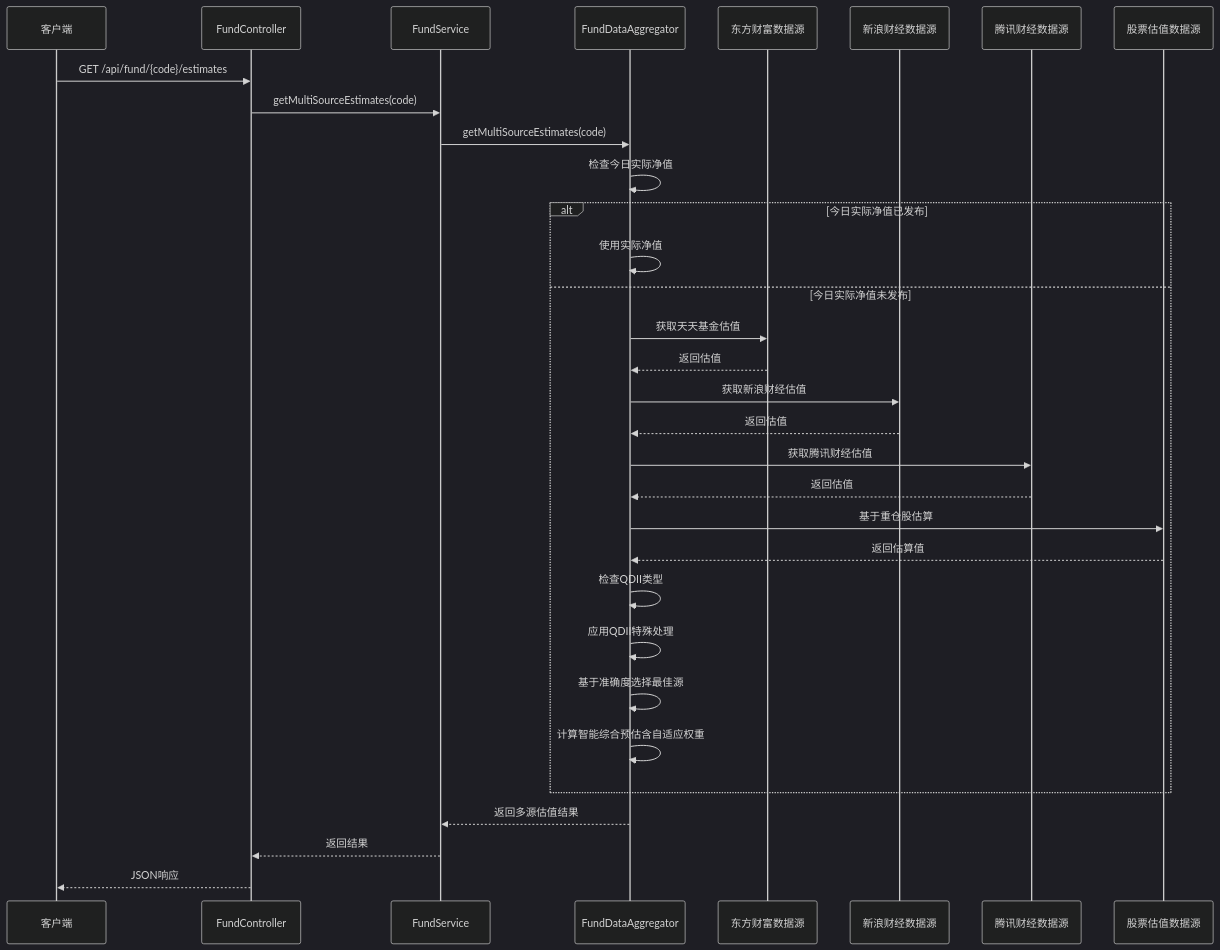
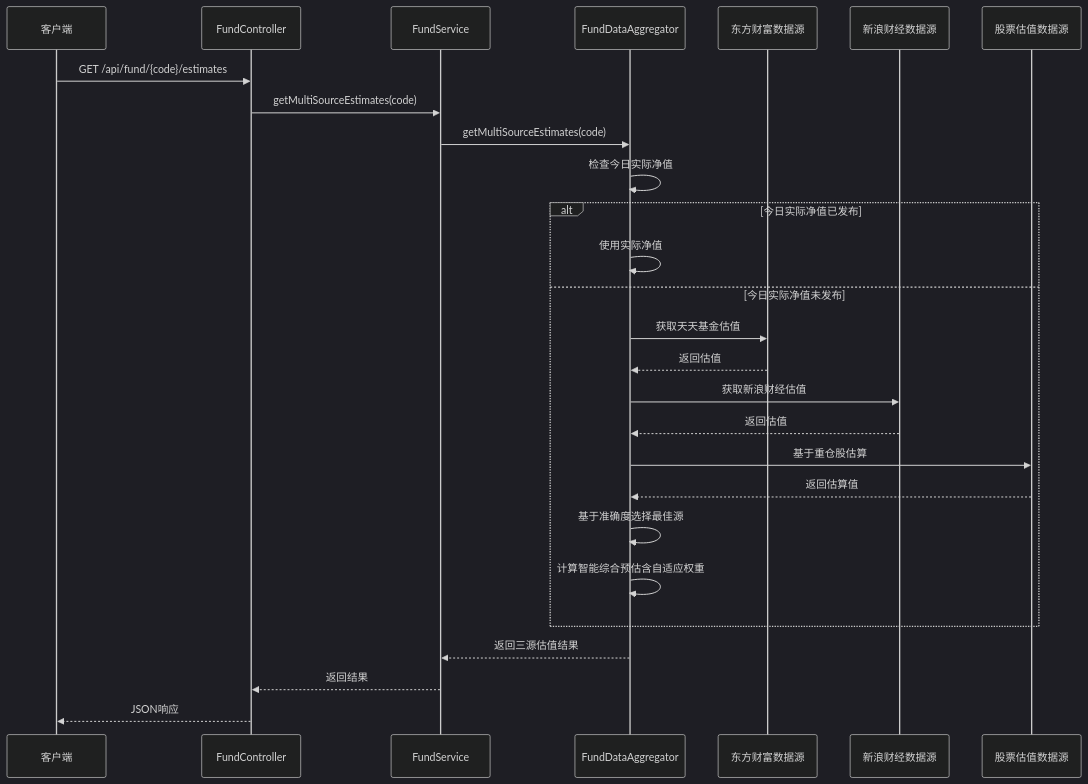
Before and after one commit to gree-coder/fund-butler: diagram 19 of 28 in .qoder/repowiki/zh/content/核心功能开发/多源基金估值系统.md, drawn with Mermaid (dark theme). The commit also changed other lines of this file and 5 other files, not shown here.

````diff
--- a/.qoder/repowiki/zh/content/核心功能开发/多源基金估值系统.md
+++ b/.qoder/repowiki/zh/content/核心功能开发/多源基金估值系统.md
@@ -793,34 +776,29 @@
 ```mermaid
 sequenceDiagram
 participant Client as 客户端
 participant Controller as FundController
 participant Service as FundService
 participant Aggregator as FundDataAggregator
 participant EM as 东方财富数据源
 participant Sina as 新浪财经数据源
-participant Tencent as 腾讯财经数据源
 participant Stock as 股票估值数据源
 Client->>Controller : GET /api/fund/{code}/estimates
 Controller->>Service : getMultiSourceEstimates(code)
 Service->>Aggregator : getMultiSourceEstimates(code)
 Aggregator->>Aggregator : 检查今日实际净值
 alt 今日实际净值已发布
 Aggregator->>Aggregator : 使用实际净值
 else 今日实际净值未发布
 Aggregator->>EM : 获取天天基金估值
 EM-->>Aggregator : 返回估值
 Aggregator->>Sina : 获取新浪财经估值
 Sina-->>Aggregator : 返回估值
-Aggregator->>Tencent : 获取腾讯财经估值
-Tencent-->>Aggregator : 返回估值
 Aggregator->>Stock : 基于重仓股估算
 Stock-->>Aggregator : 返回估算值
-Aggregator->>Aggregator : 检查QDII类型
-Aggregator->>Aggregator : 应用QDII特殊处理
 Aggregator->>Aggregator : 基于准确度选择最佳源
 Aggregator->>Aggregator : 计算智能综合预估含自适应权重
 end
-Aggregator-->>Service : 返回多源估值结果
+Aggregator-->>Service : 返回三源估值结果
 Service-->>Controller : 返回结果
 Controller-->>Client : JSON响应
 ```
````
